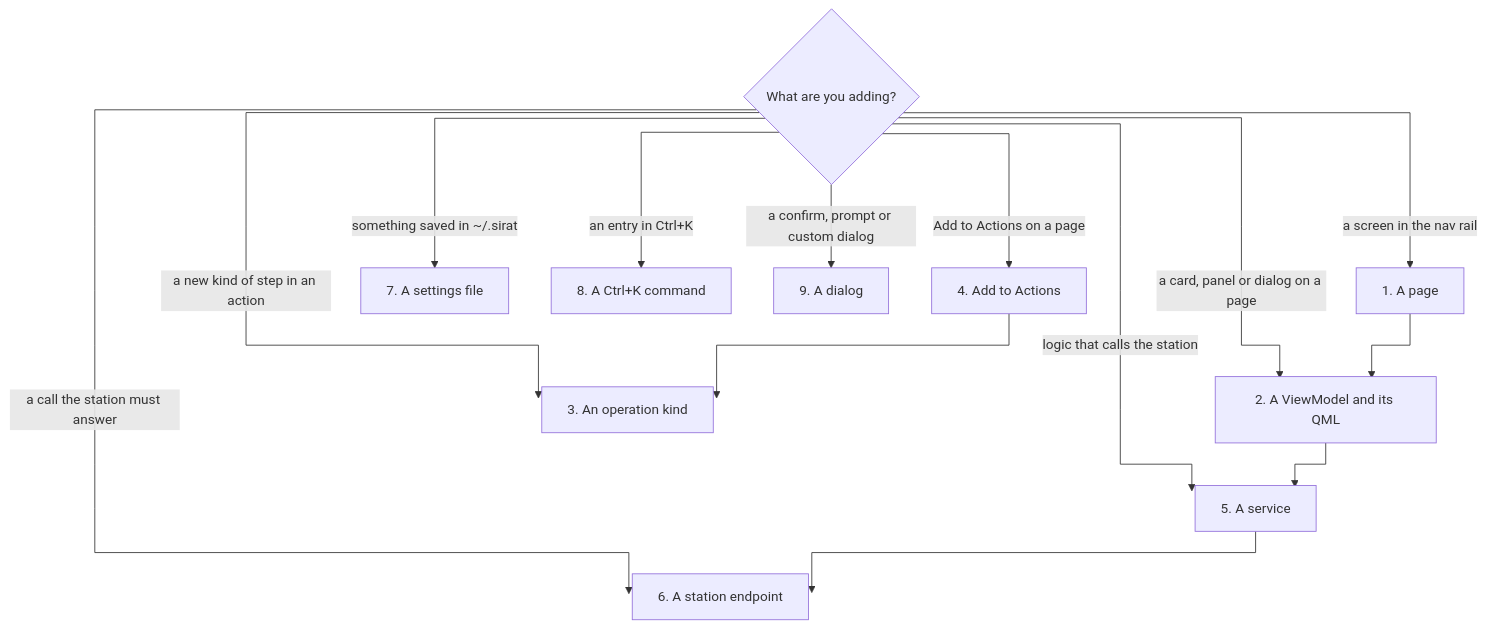
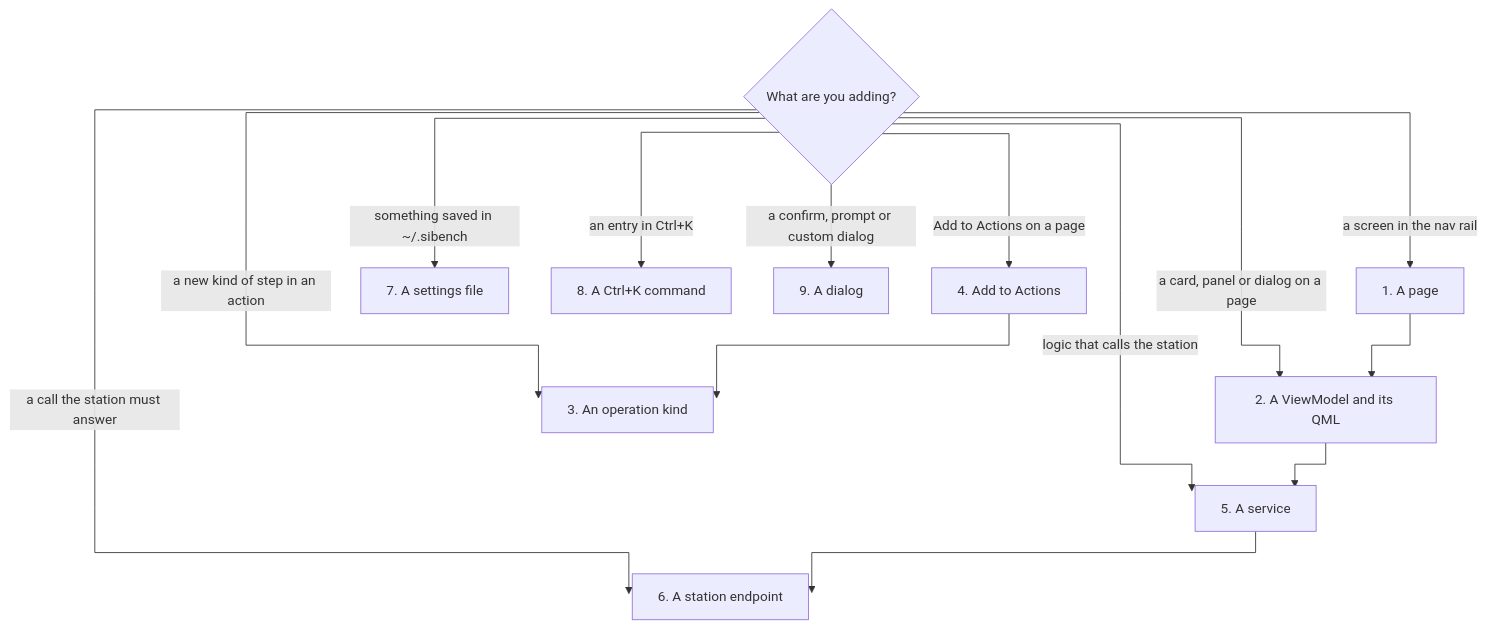
One commit to ShoyonK/sample_ui changed the diagram in docs/EXTENDING.md. Above: the diagram before and after it, drawn with Mermaid. The commit also changed other lines of this file and 597 other files, not shown here.

````diff
--- a/docs/EXTENDING.md
+++ b/docs/EXTENDING.md
@@ -7,18 +7,18 @@
 ```mermaid
 %%{init: {"flowchart": {"curve": "stepAfter"}}}%%
 flowchart TD
     start{"What are you adding?"}
     start -->|"a screen in the nav rail"| page["1. A page"]
     start -->|"a card, panel or dialog on a page"| vm["2. A ViewModel and its QML"]
     start -->|"a new kind of step in an action"| op["3. An operation kind"]
     start -->|"Add to Actions on a page"| rec["4. Add to Actions"]
     start -->|"logic that calls the station"| svc["5. A service"]
     start -->|"a call the station must answer"| ep["6. A station endpoint"]
-    start -->|"something saved in ~/.sirat"| store["7. A settings file"]
+    start -->|"something saved in ~/.sibench"| store["7. A settings file"]
     start -->|"an entry in Ctrl+K"| cmd["8. A Ctrl+K command"]
     start -->|"a confirm, prompt or custom dialog"| dlg["9. A dialog"]
     page --> vm
     vm --> svc
     svc --> ep
     rec --> op
 ```
````
